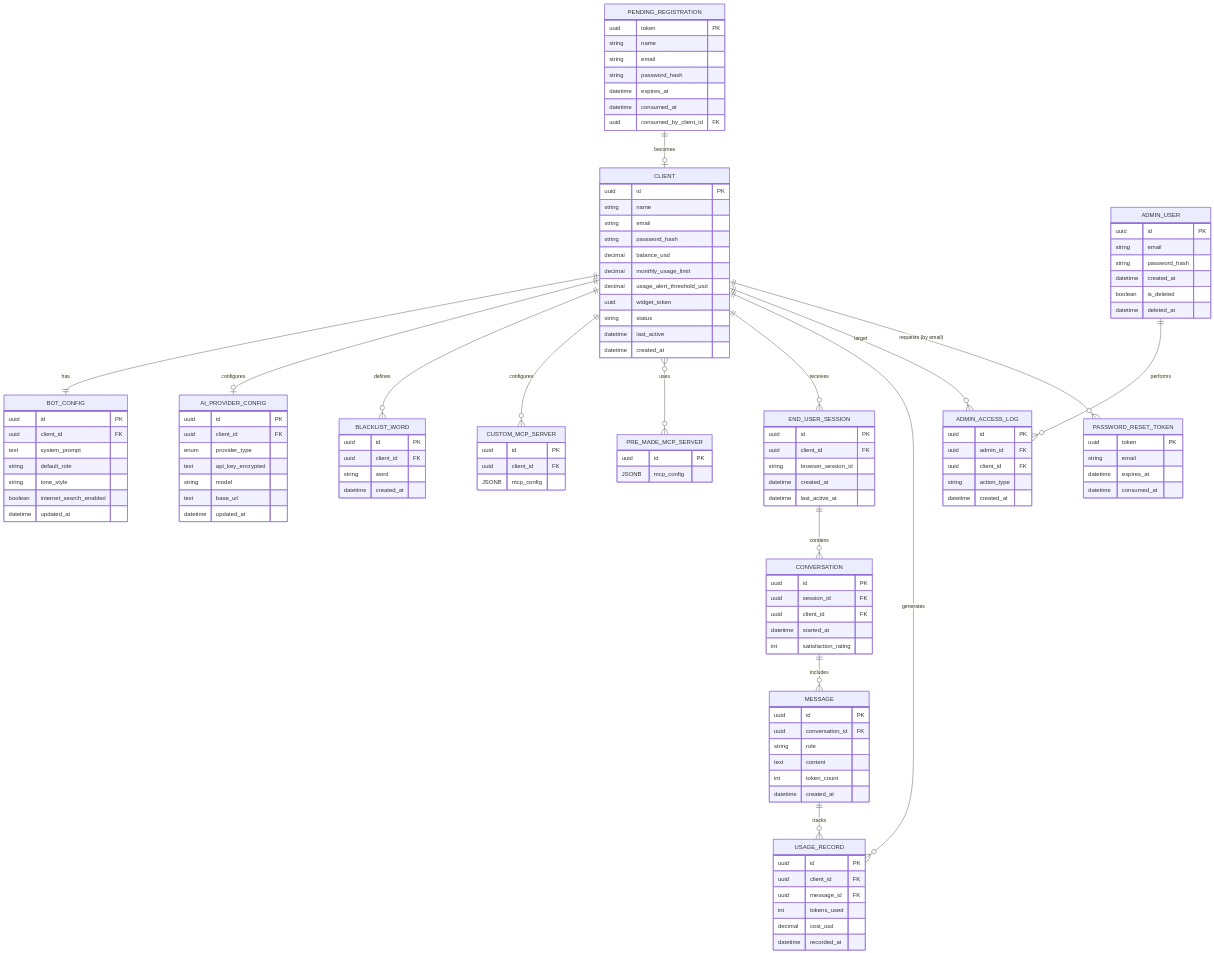
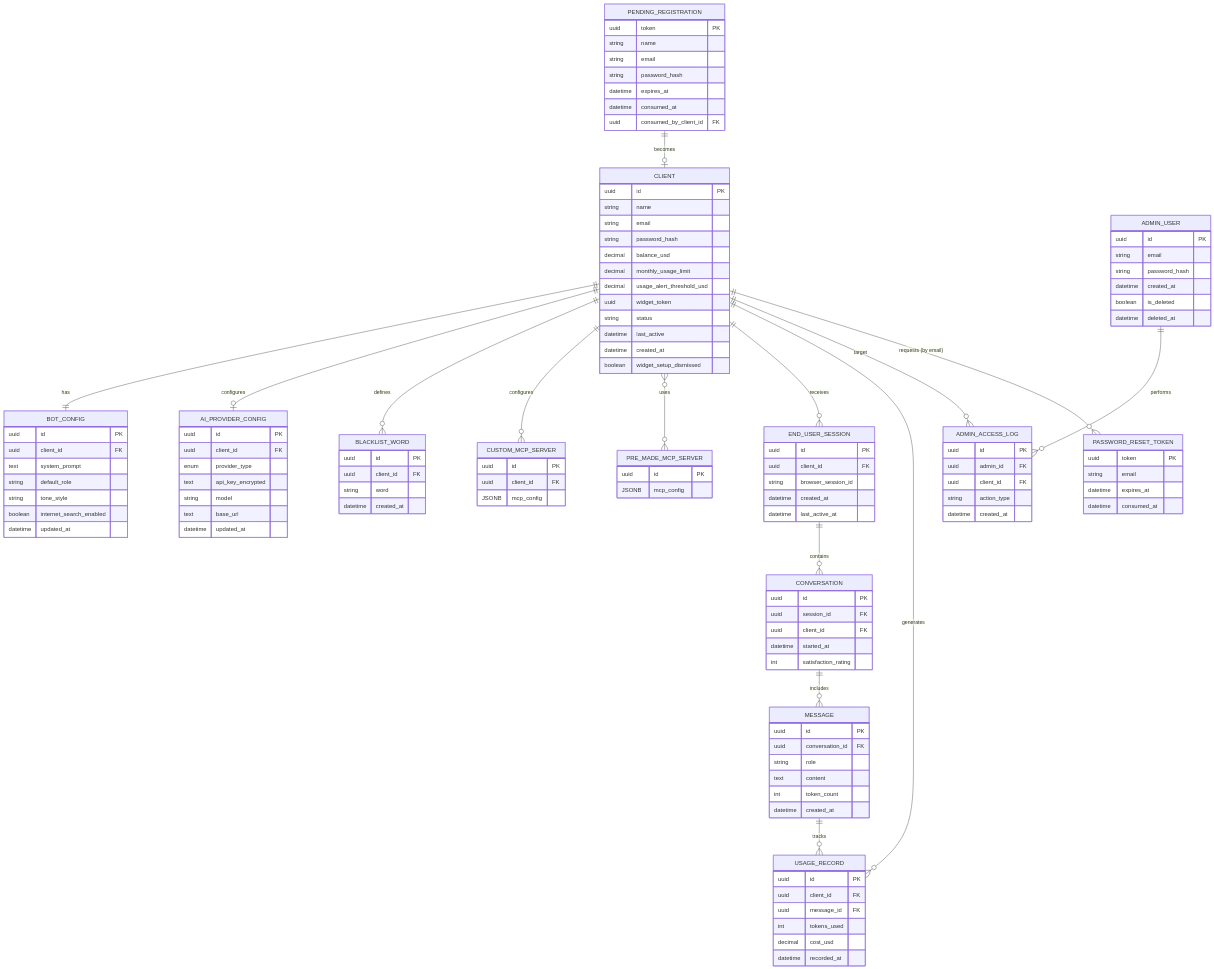
One commit to Talqo/talqo-platform changed the diagram in docs/architecture/ERD/main-mermaid.md. Above: the diagram before and after it, drawn with Mermaid. The commit also changed 12 other files, not shown here.

First line of the commit message:
feat(widget): add widget onboarding flow with setup page and popup

```diff
--- a/docs/architecture/ERD/main-mermaid.md
+++ b/docs/architecture/ERD/main-mermaid.md
@@ -12,6 +12,7 @@
         string status
         datetime last_active
         datetime created_at
+        boolean widget_setup_dismissed
     }
 
     BOT_CONFIG {
```
